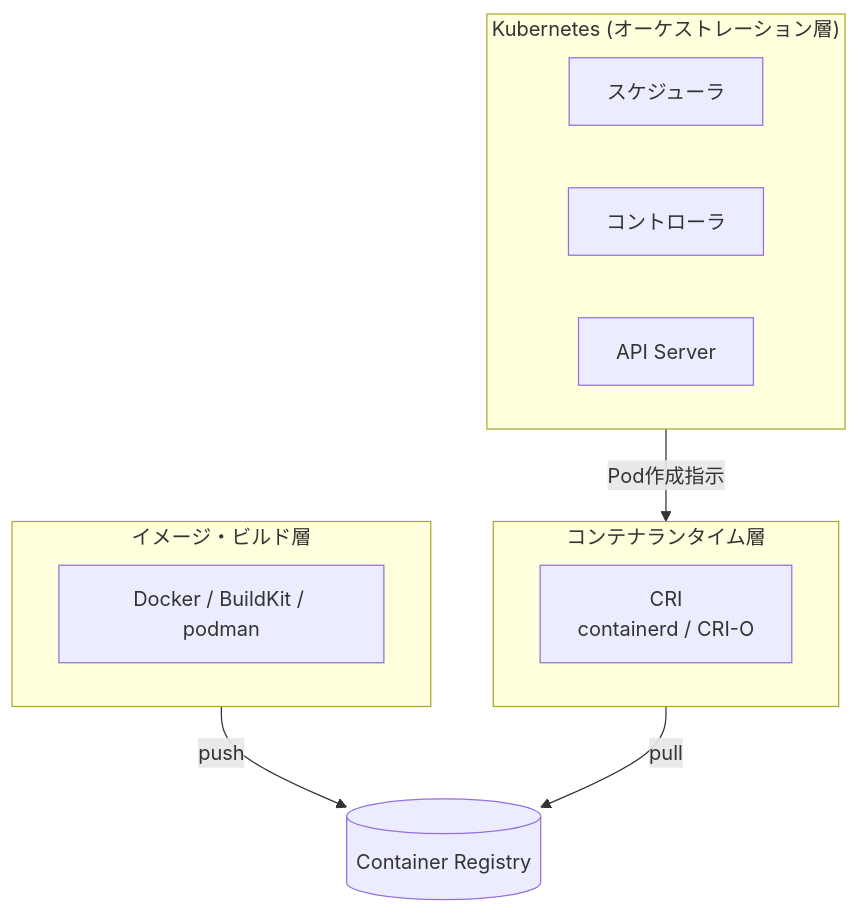
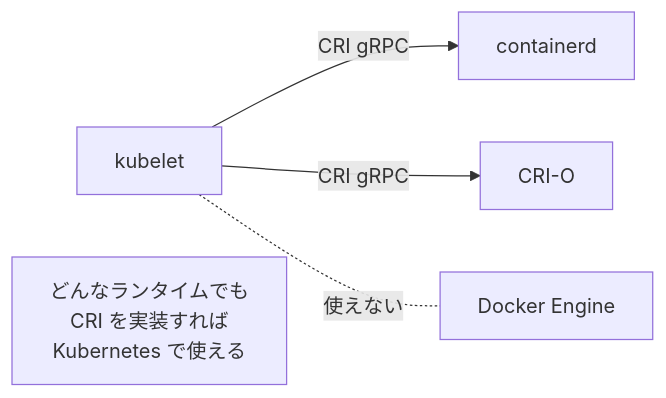
The eighth of 16 diagrams in docs/01-introduction/vm-docker-k8s.md (swallowsaba/introduction-k8s), drawn with Mermaid before and after one commit. The commit also changed other lines of this file and 12 other files, not shown here.

````diff
--- a/docs/01-introduction/vm-docker-k8s.md
+++ b/docs/01-introduction/vm-docker-k8s.md
@@ -59,17 +404,7 @@
 ```mermaid
-flowchart TB
-    subgraph K8s["Kubernetes (オーケストレーション層)"]
-        sched[スケジューラ]
-        ctrl[コントローラ]
-        api[API Server]
-    end
-    subgraph Runtime["コンテナランタイム層"]
-        cri[CRI<br>containerd / CRI-O]
-    end
-    subgraph Image["イメージ・ビルド層"]
-        docker[Docker / BuildKit / podman]
-    end
-    K8s -->|Pod作成指示| Runtime
-    Image -->|push| reg[(Container Registry)]
-    Runtime -->|pull| reg
+flowchart LR
+    kubelet[kubelet] -->|CRI gRPC| containerd
+    kubelet -->|CRI gRPC| crio[CRI-O]
+    kubelet -.使えない.- docker[Docker Engine]
+    note["どんなランタイムでも<br>CRI を実装すれば<br>Kubernetes で使える"]
 ```
````
